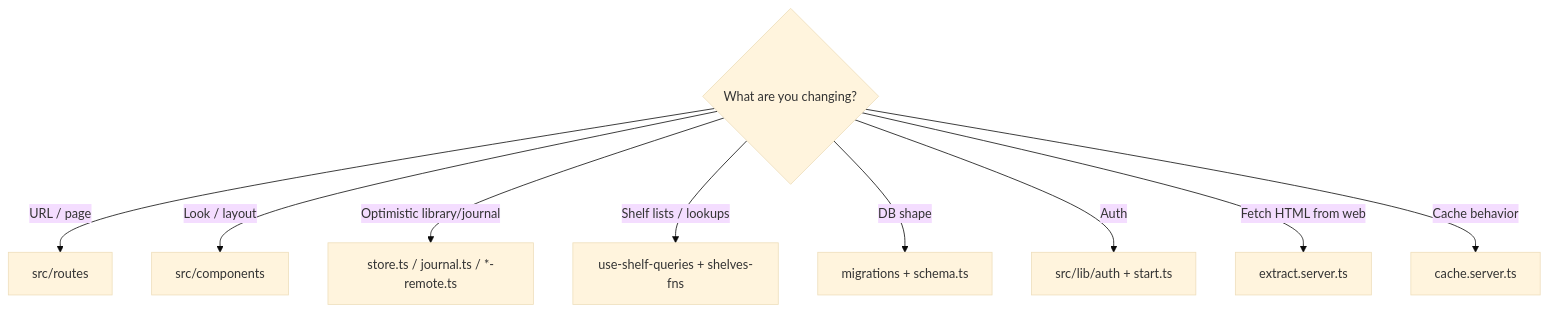
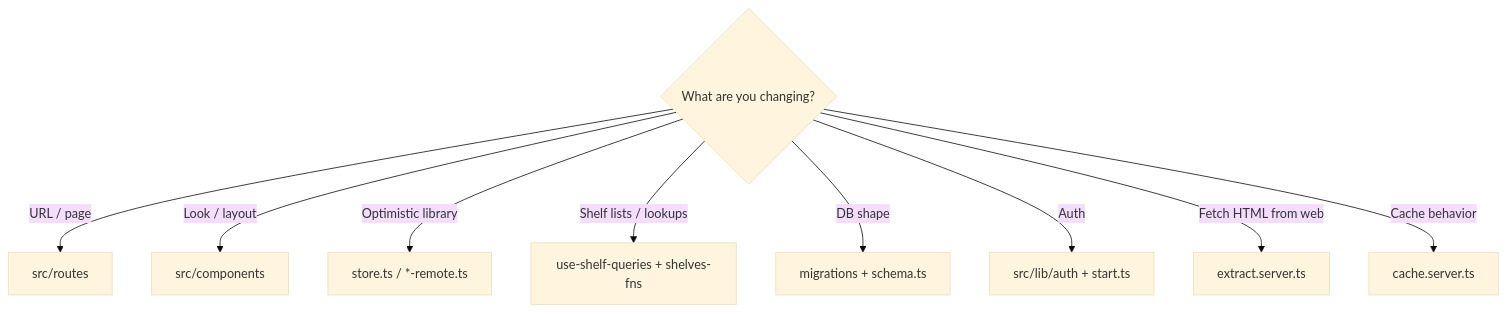
The diagram in docs/CONTRIBUTING.md (SahilFruitwala/kami), drawn with Mermaid (base theme) before and after one commit. The commit also changed other lines of this file and 62 other files, not shown here.

````diff
--- a/docs/CONTRIBUTING.md
+++ b/docs/CONTRIBUTING.md
@@ -190,12 +190,12 @@
 ```mermaid
 flowchart TD
   Q{What are you changing?}
   Q -->|URL / page| R[src/routes]
   Q -->|Look / layout| C[src/components]
-  Q -->|Optimistic library/journal| Z[store.ts / journal.ts / *-remote.ts]
+  Q -->|Optimistic library| Z[store.ts / *-remote.ts]
   Q -->|Shelf lists / lookups| RQ[use-shelf-queries + shelves-fns]
   Q -->|DB shape| M[migrations + schema.ts]
   Q -->|Auth| A[src/lib/auth + start.ts]
   Q -->|Fetch HTML from web| E[extract.server.ts]
   Q -->|Cache behavior| K[cache.server.ts]
 ```
````
